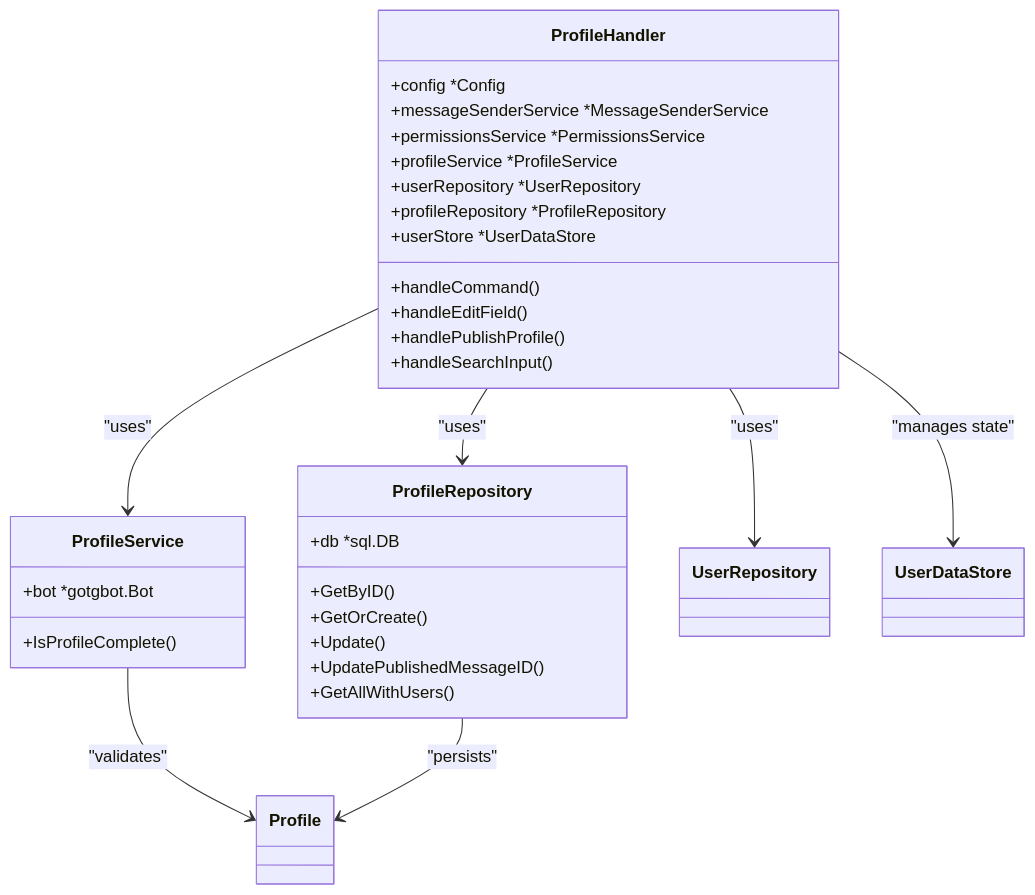
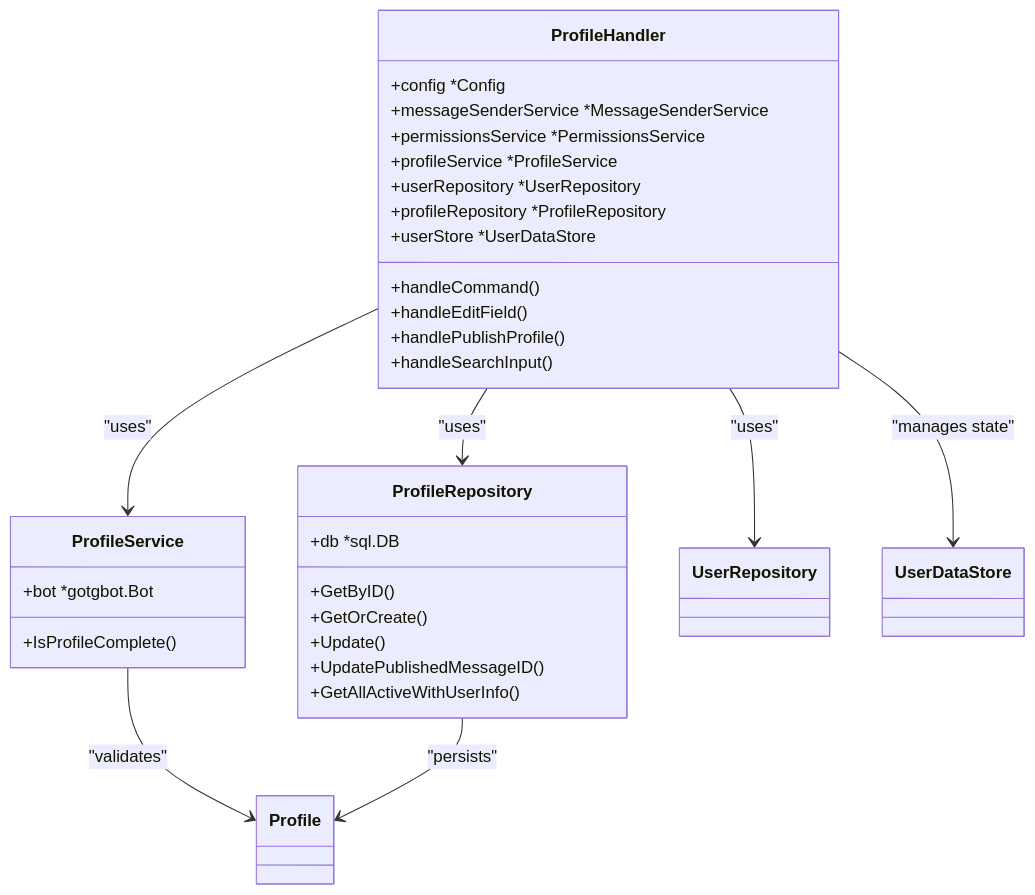
One commit to it-beard/evo-bot-go changed the fourth of 4 diagrams in .qoder/repowiki/en/content/Profile Management/Profile Management.md. Above: the diagram before and after it, drawn with Mermaid. The commit also changed other lines of this file and 22 other files, not shown here.

````diff
--- a/.qoder/repowiki/en/content/Profile Management/Profile Management.md
+++ b/.qoder/repowiki/en/content/Profile Management/Profile Management.md
@@ -142,34 +147,34 @@
 ```mermaid
 classDiagram
 class ProfileHandler {
 +config *Config
 +messageSenderService *MessageSenderService
 +permissionsService *PermissionsService
 +profileService *ProfileService
 +userRepository *UserRepository
 +profileRepository *ProfileRepository
 +userStore *UserDataStore
 +handleCommand()
 +handleEditField()
 +handlePublishProfile()
 +handleSearchInput()
 }
 class ProfileService {
 +bot *gotgbot.Bot
 +IsProfileComplete()
 }
 class ProfileRepository {
 +db *sql.DB
 +GetByID()
 +GetOrCreate()
 +Update()
 +UpdatePublishedMessageID()
-+GetAllWithUsers()
++GetAllActiveWithUserInfo()
 }
 ProfileHandler --> ProfileService : "uses"
 ProfileHandler --> ProfileRepository : "uses"
 ProfileHandler --> UserRepository : "uses"
 ProfileService --> Profile : "validates"
 ProfileRepository --> Profile : "persists"
 ProfileHandler --> UserDataStore : "manages state"
 ```
````
